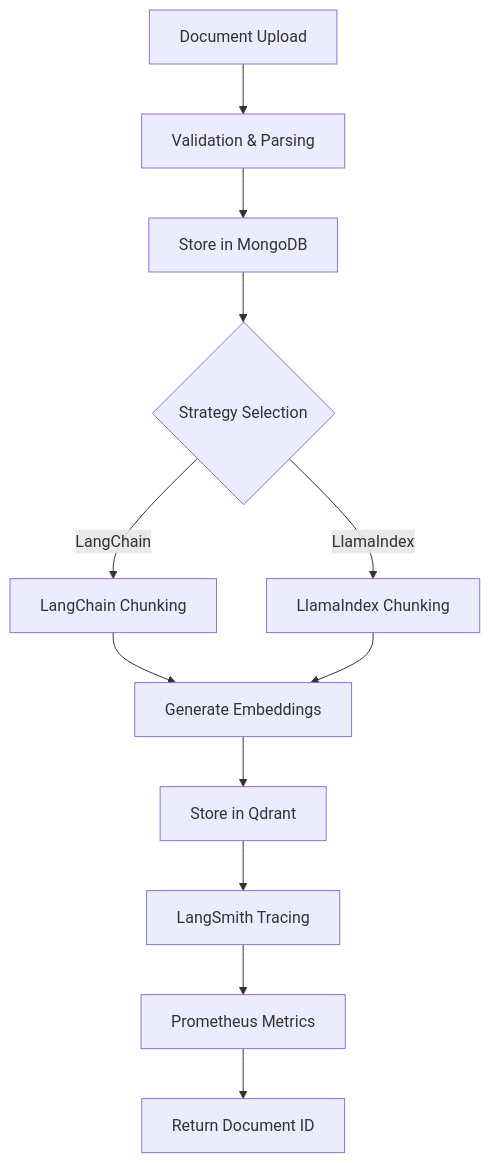
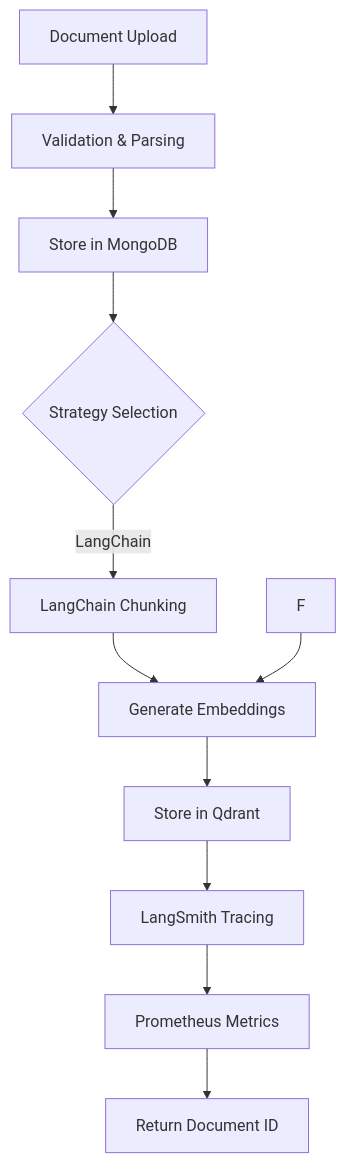
One commit to l-handled/llm-inference changed the second of 2 diagrams in README.md. Above: the diagram before and after it, drawn with Mermaid. The commit also changed other lines of this file, not shown here.

````diff
--- a/README.md
+++ b/README.md
@@ -233,14 +233,13 @@
 ```mermaid
 graph TD
     A[Document Upload] --> B[Validation & Parsing]
     B --> C[Store in MongoDB]
     C --> D{Strategy Selection}
     D -->|LangChain| E[LangChain Chunking]
-    D -->|LlamaIndex| F[LlamaIndex Chunking]
     E --> G[Generate Embeddings]
     F --> G
     G --> H[Store in Qdrant]
     H --> I[LangSmith Tracing]
     I --> J[Prometheus Metrics]
     J --> K[Return Document ID]
 ```
````
